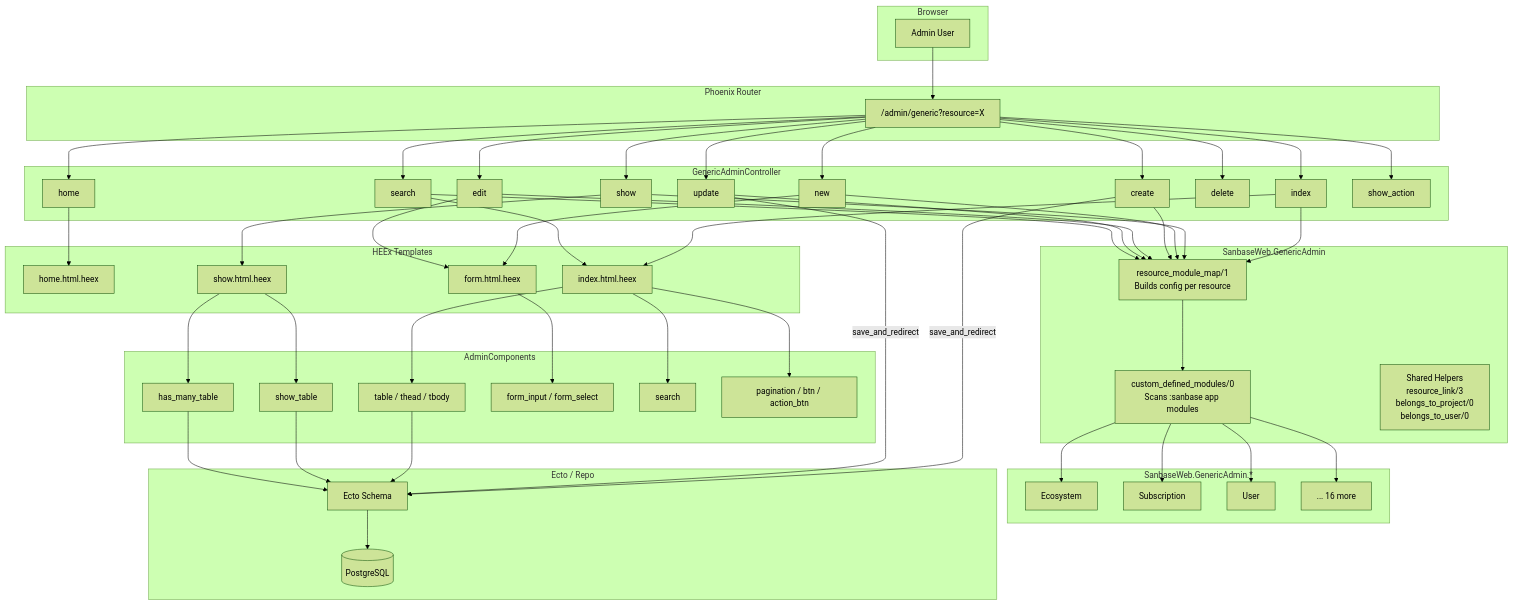
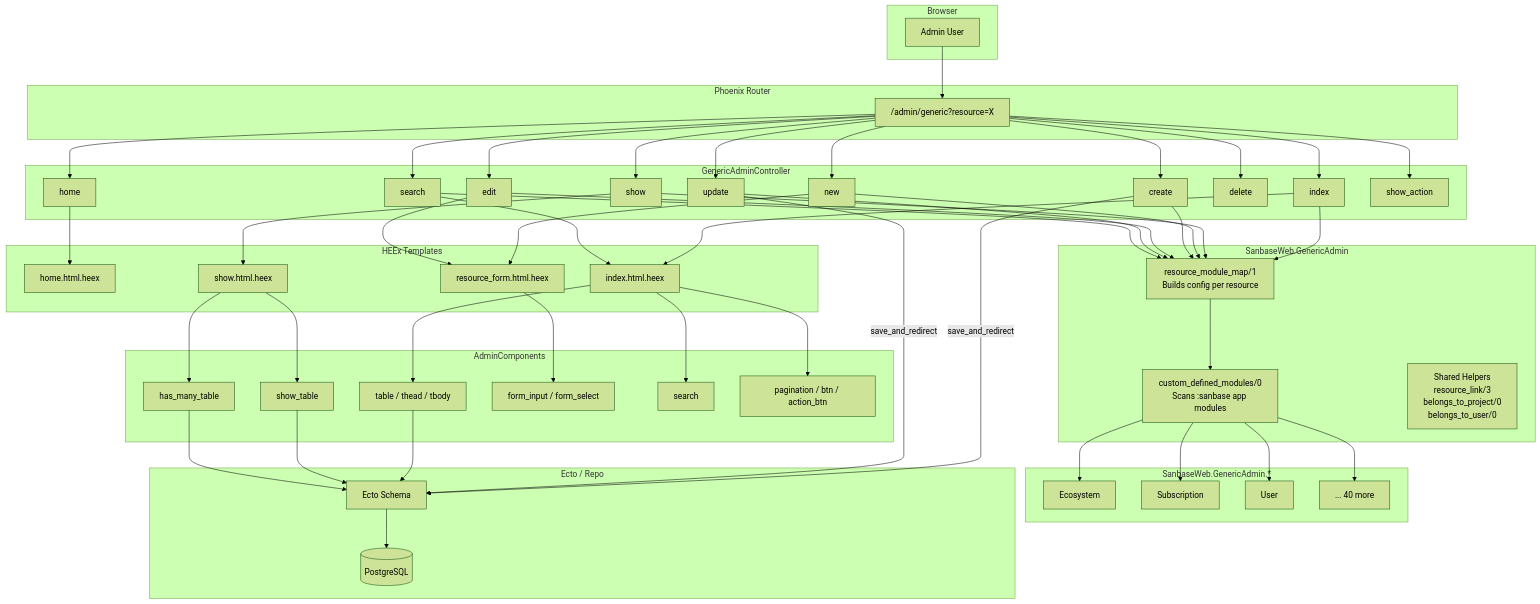
Before and after one commit to santiment/sanbase2: the first of 4 diagrams in lib/sanbase_web/generic_admin/ARCHITECTURE.md, drawn with Mermaid (forest theme). The commit also changed other lines of this file and 15 other files, not shown here.

````diff
--- a/lib/sanbase_web/generic_admin/ARCHITECTURE.md
+++ b/lib/sanbase_web/generic_admin/ARCHITECTURE.md
@@ -8,77 +8,77 @@
 ```mermaid
 graph TB
     subgraph Browser
         USER[Admin User]
     end
 
     subgraph Router["Phoenix Router"]
         ROUTES["/admin/generic?resource=X"]
     end
 
     subgraph Controller["GenericAdminController"]
         HOME[home]
         INDEX[index]
         SHOW[show]
         NEW[new]
         CREATE[create]
         EDIT[edit]
         UPDATE[update]
         DELETE[delete]
         SEARCH[search]
         SHOW_ACTION[show_action]
     end
 
     subgraph Registry["SanbaseWeb.GenericAdmin"]
         DISCOVER[custom_defined_modules/0<br/>Scans :sanbase app modules]
         RESMAP[resource_module_map/1<br/>Builds config per resource]
         HELPERS[Shared Helpers<br/>resource_link/3<br/>belongs_to_project/0<br/>belongs_to_user/0]
     end
 
     subgraph ResourceModules["SanbaseWeb.GenericAdmin.*"]
         RM1[Ecosystem]
         RM2[Subscription]
         RM3[User]
-        RM_N["... 16 more"]
+        RM_N["... 40 more"]
     end
 
     subgraph Templates["HEEx Templates"]
         T_HOME[home.html.heex]
         T_INDEX[index.html.heex]
         T_SHOW[show.html.heex]
-        T_FORM[form.html.heex]
+        T_FORM[resource_form.html.heex]
     end
 
     subgraph Components["AdminComponents"]
         C_TABLE[table / thead / tbody]
         C_SHOW[show_table]
         C_HM[has_many_table]
         C_FORM[form_input / form_select]
         C_SEARCH[search]
         C_NAV[pagination / btn / action_btn]
     end
 
     subgraph Data["Ecto / Repo"]
         SCHEMA[Ecto Schema]
         DB[(PostgreSQL)]
     end
 
     USER --> ROUTES
     ROUTES --> HOME & INDEX & SHOW & NEW & CREATE & EDIT & UPDATE & DELETE & SEARCH & SHOW_ACTION
 
     INDEX & SHOW & NEW & CREATE & EDIT & UPDATE & SEARCH --> RESMAP
     RESMAP --> DISCOVER
     DISCOVER --> RM1 & RM2 & RM3 & RM_N
 
     HOME --> T_HOME
     INDEX & SEARCH --> T_INDEX
     SHOW --> T_SHOW
     NEW & EDIT --> T_FORM
     CREATE & UPDATE --> |save_and_redirect| SCHEMA
 
     T_INDEX --> C_TABLE & C_SEARCH & C_NAV
     T_SHOW --> C_SHOW & C_HM
     T_FORM --> C_FORM
 
     C_TABLE & C_SHOW & C_HM --> SCHEMA
     SCHEMA --> DB
 ```
````
